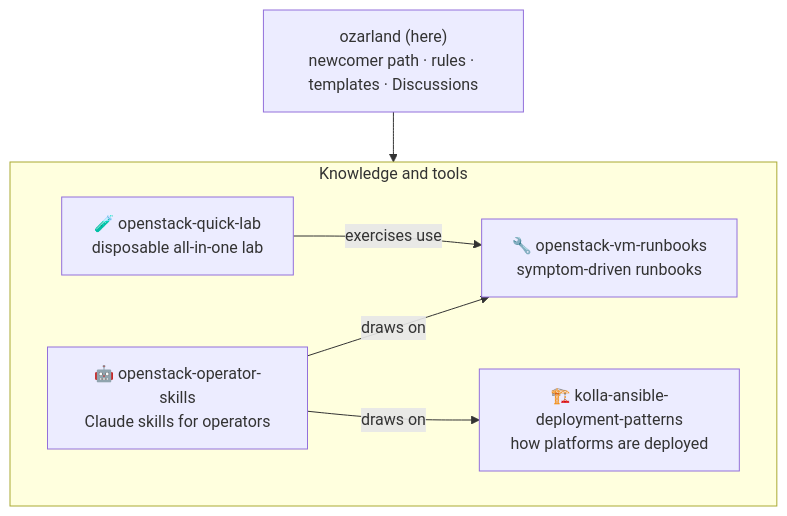
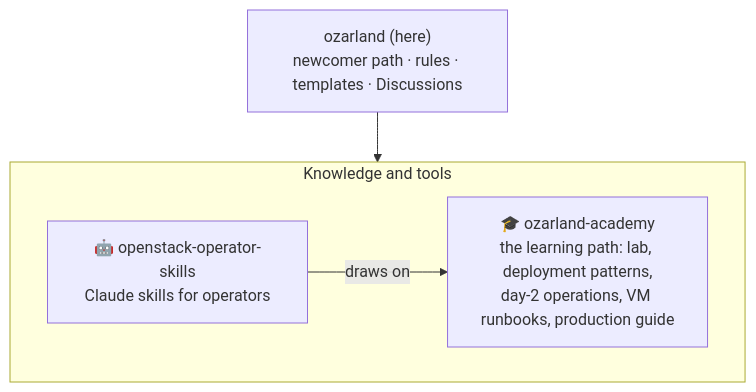
The second of 3 diagrams in README.md (OzarLand/ozarland), drawn with Mermaid before and after one commit. The commit also changed other lines of this file and 12 other files, not shown here.

````diff
--- a/README.md
+++ b/README.md
@@ -105,11 +106,10 @@
 ```mermaid
 flowchart TB
     HUB["ozarland (here)<br/>newcomer path · rules · templates · Discussions"]
     HUB --> KB
     subgraph KB ["Knowledge and tools"]
         direction LR
-        QL["🧪 openstack-quick-lab<br/>disposable all-in-one lab"] -- "exercises use" --> RB["🔧 openstack-vm-runbooks<br/>symptom-driven runbooks"]
-        SK["🤖 openstack-operator-skills<br/>Claude skills for operators"] -- "draws on" --> RB
-        SK -- "draws on" --> DP["🏗️ kolla-ansible-deployment-patterns<br/>how platforms are deployed"]
+        AC["🎓 ozarland-academy<br/>the learning path: lab, deployment patterns,<br/>day-2 operations, VM runbooks, production guide"]
+        SK["🤖 openstack-operator-skills<br/>Claude skills for operators"] -- "draws on" --> AC
     end
 ```
````
